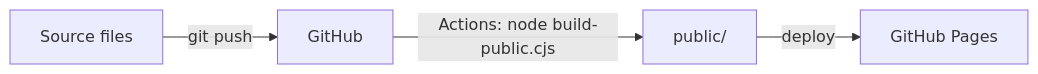
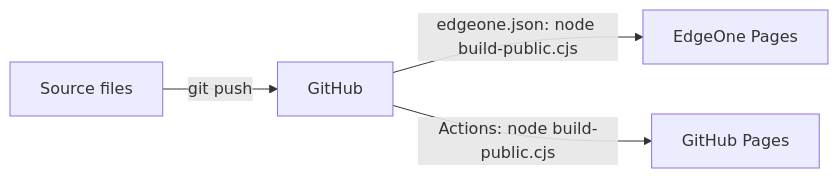
One commit to wdz288-97/working-notes changed the diagram in README.md. Above: the diagram before and after it, drawn with Mermaid. The commit also changed other lines of this file and 2 other files, not shown here.

````diff
--- a/README.md
+++ b/README.md
@@ -37,6 +39,6 @@
 ```mermaid
 flowchart LR
   S[Source files] -->|git push| G[GitHub]
-  G -->|Actions: node build-public.cjs| P[public/]
-  P -->|deploy| H[GitHub Pages]
+  G -->|edgeone.json: node build-public.cjs| E[EdgeOne Pages]
+  G -->|Actions: node build-public.cjs| H[GitHub Pages]
 ```
````
